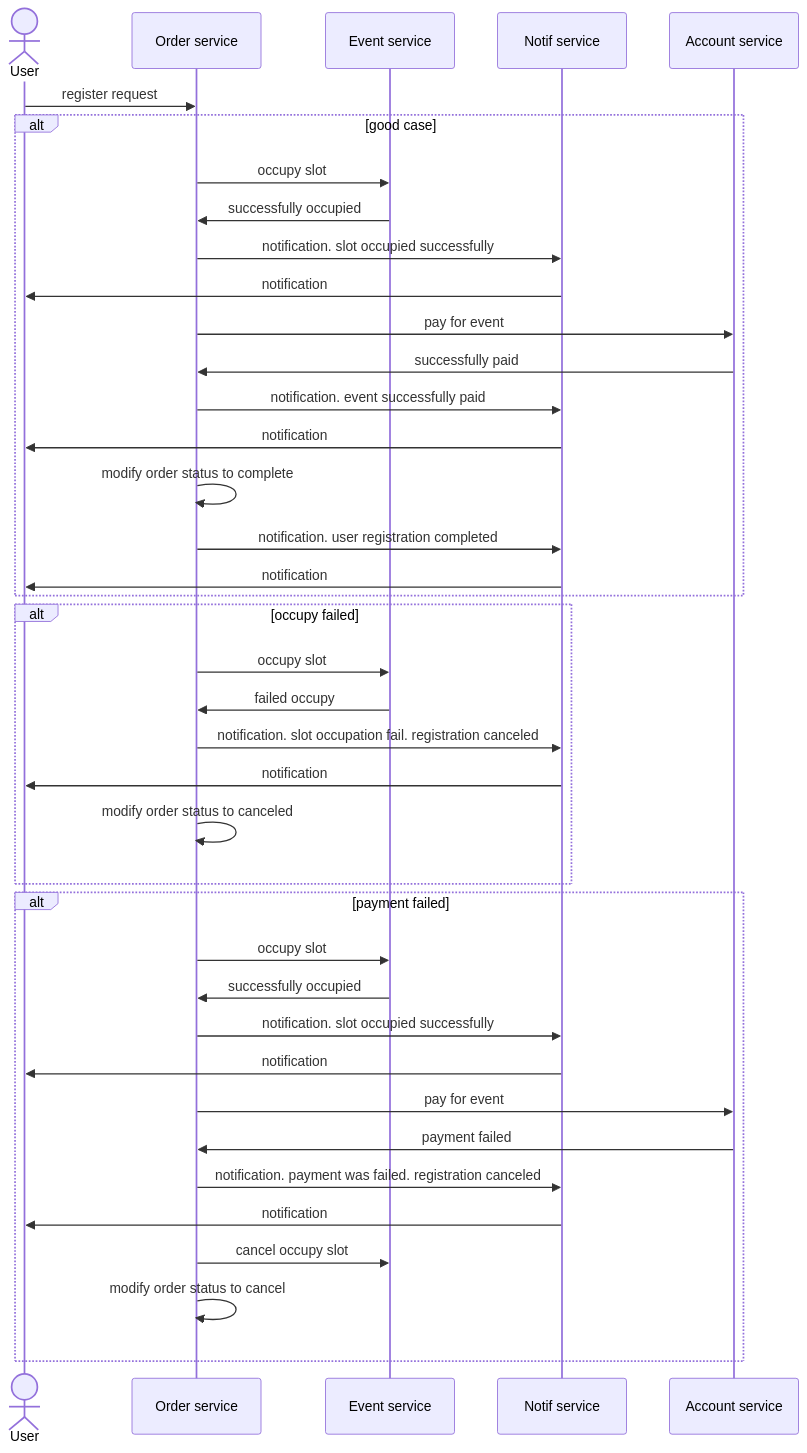
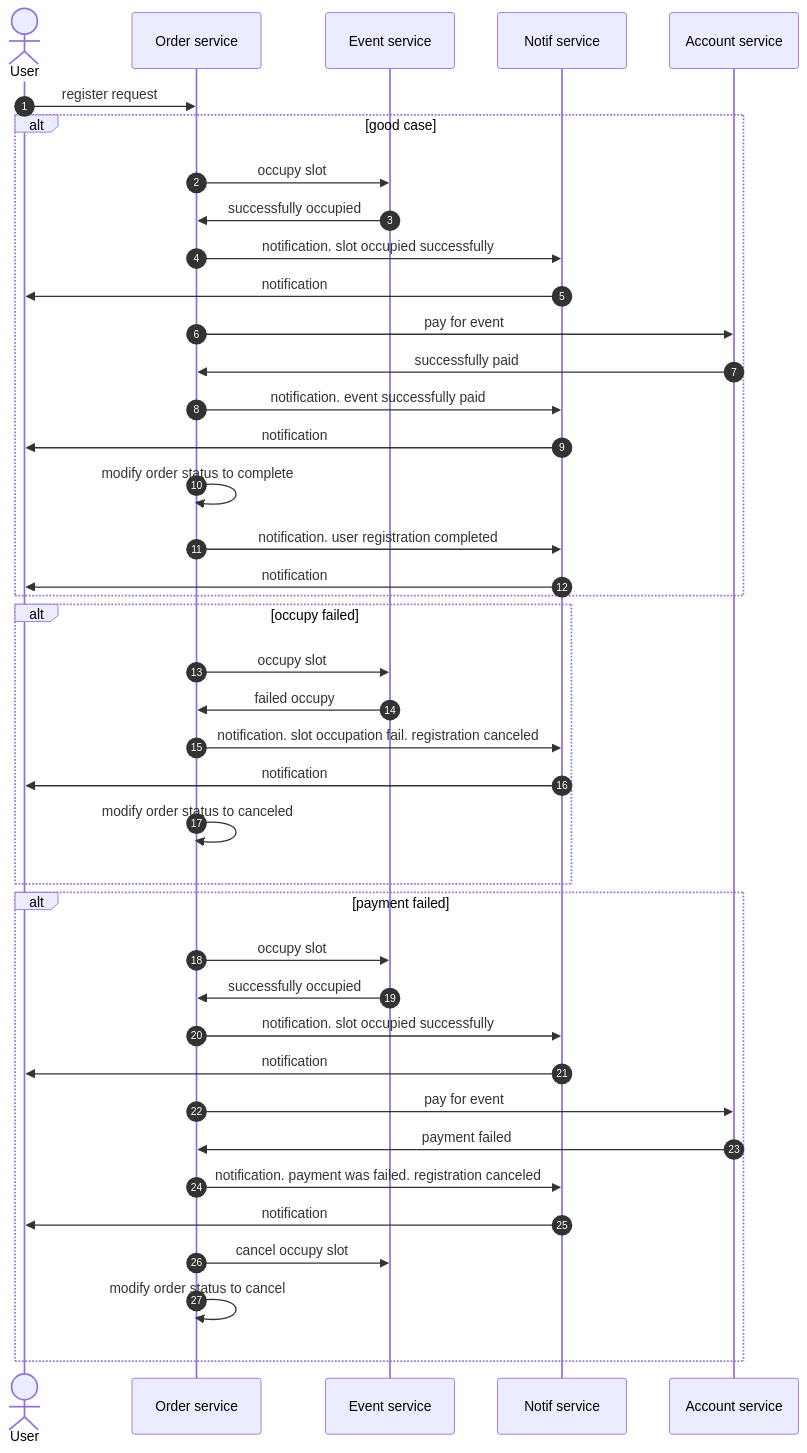
The diagram in README.md (xost/otus-proj), drawn with Mermaid before and after one commit.

````diff
--- a/README.md
+++ b/README.md
@@ -133,38 +133,39 @@
 ```mermaid
 %% регистрация на мероприятие
     sequenceDiagram
         actor User
+        autonumber
         User ->> Order service: register request
         alt good case
         Order service ->> Event service: occupy slot
         Event service ->> Order service: successfully occupied
         Order service ->> Notif service: notification. slot occupied successfully
         Notif service ->> User: notification
         Order service ->> Account service: pay for event
         Account service ->> Order service: successfully paid
         Order service ->> Notif service: notification. event successfully paid
         Notif service ->> User: notification
         Order service ->> Order service: modify order status to complete
         Order service ->> Notif service: notification. user registration completed
         Notif service ->> User: notification
         end
         alt occupy failed
         Order service ->> Event service: occupy slot
         Event service ->> Order service: failed occupy
         Order service ->> Notif service: notification. slot occupation fail. registration canceled
         Notif service ->> User: notification
         Order service ->> Order service: modify order status to canceled
         end
         alt payment failed
         Order service ->> Event service: occupy slot
         Event service ->> Order service: successfully occupied
         Order service ->> Notif service: notification. slot occupied successfully
         Notif service ->> User: notification
         Order service ->> Account service: pay for event
         Account service ->> Order service: payment failed
         Order service ->> Notif service: notification. payment was failed. registration canceled
         Notif service ->> User: notification
         Order service ->> Event service: cancel occupy slot
         Order service ->> Order service: modify order status to cancel
         end
 ```
````
